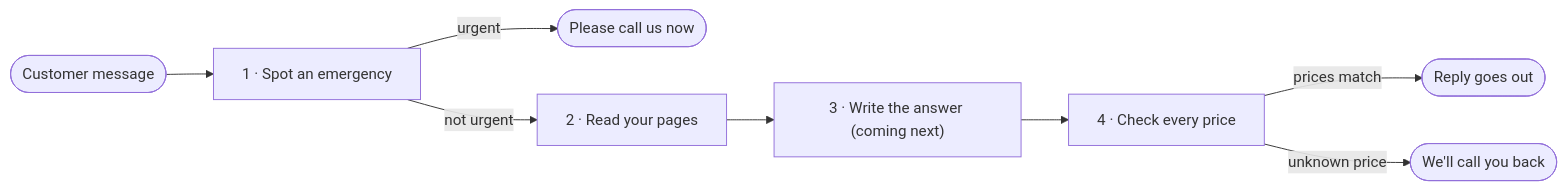
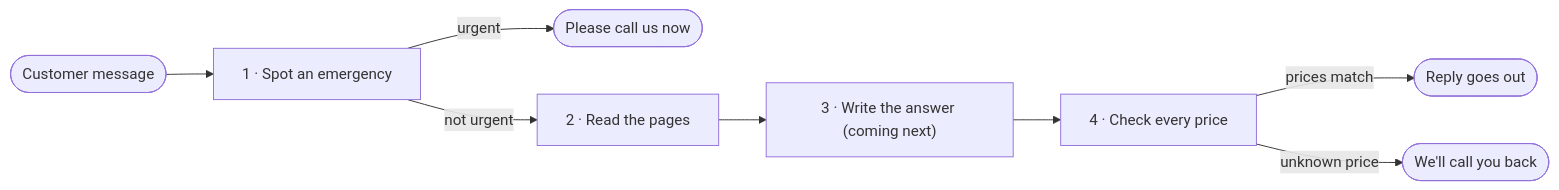
One commit to RoxanaTapia/maple-street-front-desk changed the diagram in README.md. Above: the diagram before and after it, drawn with Mermaid. The commit also changed other lines of this file and 4 other files, not shown here.

````diff
--- a/README.md
+++ b/README.md
@@ -21,10 +19,10 @@
 ```mermaid
 flowchart LR
     msg([Customer message]) --> one["1 · Spot an emergency"]
     one -->|urgent| call([Please call us now])
-    one -->|not urgent| two["2 · Read your pages"]
+    one -->|not urgent| two["2 · Read the pages"]
     two --> three["3 · Write the answer (coming next)"]
     three --> four["4 · Check every price"]
     four -->|prices match| reply([Reply goes out])
     four -->|unknown price| back([We'll call you back])
 ```
````
